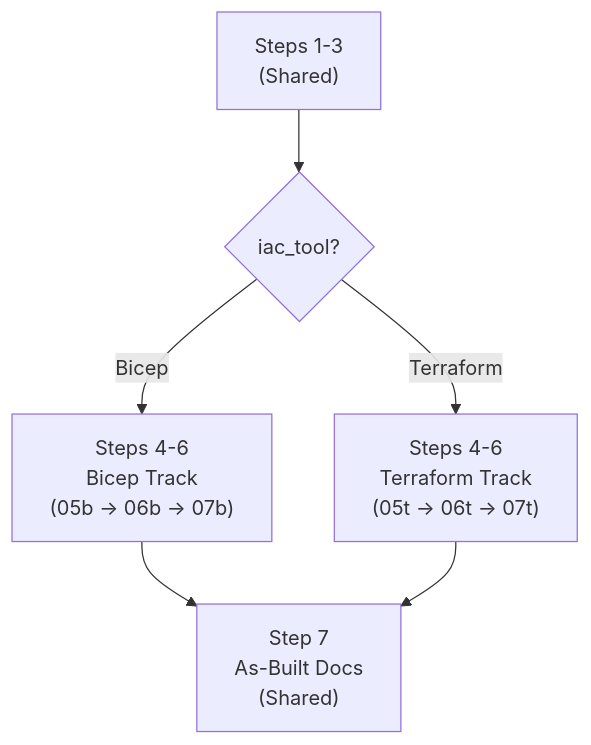
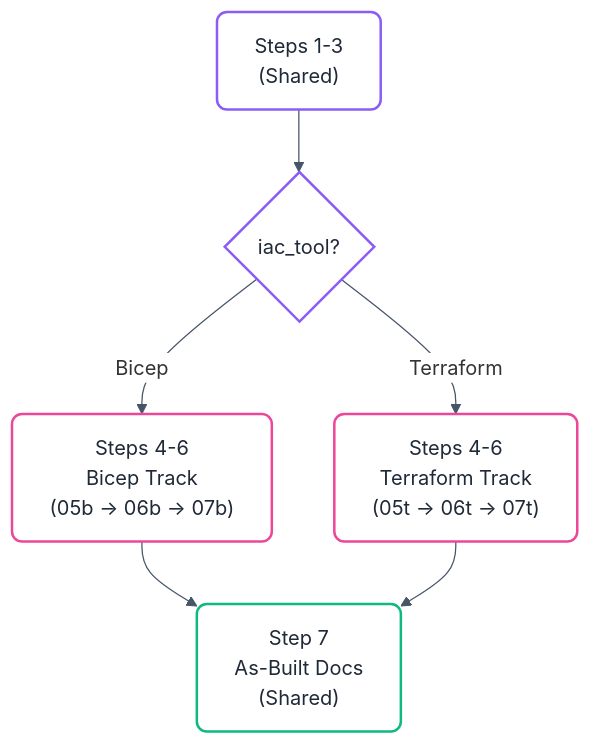
Before and after one commit to jonathan-vella/apex: the second of 3 diagrams in docs/how-it-works.md, drawn with Mermaid. The commit also changed other lines of this file, not shown here.

Commit message:
docs: enhance mermaid charts with modern styling themes and classDefs

````diff
--- a/docs/how-it-works.md
+++ b/docs/how-it-works.md
@@ -273,14 +294,35 @@
 ```mermaid
+%%{
+  init: {
+    'theme': 'base',
+    'themeVariables': {
+      'primaryColor': '#ffffff',
+      'primaryTextColor': '#333333',
+      'primaryBorderColor': '#8b5cf6',
+      'lineColor': '#475569',
+      'fontFamily': 'ui-sans-serif, system-ui, -apple-system, sans-serif'
+    },
+    'flowchart': {
+      'curve': 'basis',
+      'nodeSpacing': 50,
+      'rankSpacing': 50
+    }
+  }
+}%%
 flowchart TD
+    classDef default fill:#ffffff,stroke:#8b5cf6,stroke-width:2px,color:#1f2937,rx:8px,ry:8px;
+    classDef track fill:#ffffff,stroke:#ec4899,stroke-width:2px,color:#1f2937,rx:8px,ry:8px;
+    classDef endNode fill:#ffffff,stroke:#10b981,stroke-width:2px,color:#1f2937,rx:8px,ry:8px;
+
     Shared["Steps 1-3\n(Shared)"]
     Decision{"iac_tool?"}
-    Bicep["Steps 4-6\nBicep Track\n(05b → 06b → 07b)"]
-    Terraform["Steps 4-6\nTerraform Track\n(05t → 06t → 07t)"]
-    AsBuilt["Step 7\nAs-Built Docs\n(Shared)"]
+    Bicep["Steps 4-6\nBicep Track\n(05b → 06b → 07b)"]:::track
+    Terraform["Steps 4-6\nTerraform Track\n(05t → 06t → 07t)"]:::track
+    AsBuilt["Step 7\nAs-Built Docs\n(Shared)"]:::endNode
 
     Shared --> Decision
     Decision -->|Bicep| Bicep
     Decision -->|Terraform| Terraform
     Bicep --> AsBuilt
     Terraform --> AsBuilt
 ```
````
